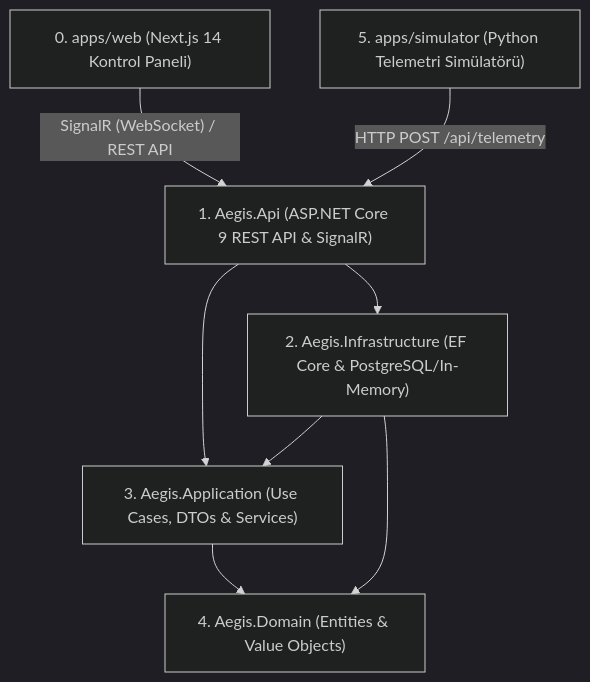
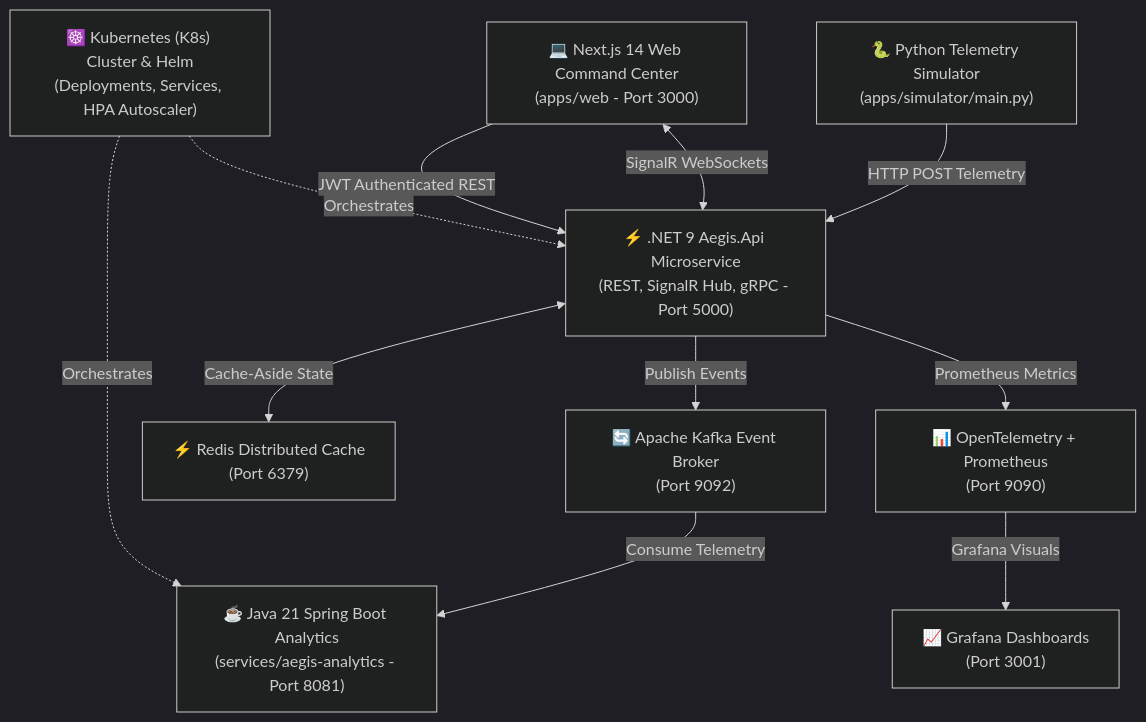
One commit to buseipek-ncrgl/AEGIS changed the diagram in README.md. Above: the diagram before and after it, drawn with Mermaid (dark theme). The commit also changed other lines of this file and 12 other files, not shown here.

Commit message:
docs: add comprehensive enterprise English README.md with screenshots and architecture specs

````diff
--- a/README.md
+++ b/README.md
@@ -11,17 +33,23 @@
 ```mermaid
 graph TD
-    WEB["0. apps/web (Next.js 14 Kontrol Paneli)"]
-    API["1. Aegis.Api (ASP.NET Core 9 REST API & SignalR)"]
-    INFRA["2. Aegis.Infrastructure (EF Core & PostgreSQL/In-Memory)"]
-    APP["3. Aegis.Application (Use Cases, DTOs & Services)"]
-    DOMAIN["4. Aegis.Domain (Entities & Value Objects)"]
-    SIMULATOR["5. apps/simulator (Python Telemetri Simülatörü)"]
+    SIM["🐍 Python Telemetry Simulator\n(apps/simulator/main.py)"]
+    WEB["💻 Next.js 14 Web Command Center\n(apps/web - Port 3000)"]
+    API["⚡ .NET 9 Aegis.Api Microservice\n(REST, SignalR Hub, gRPC - Port 5000)"]
+    KAFKA["🔄 Apache Kafka Event Broker\n(Port 9092)"]
+    REDIS["⚡ Redis Distributed Cache\n(Port 6379)"]
+    JAVA["☕ Java 21 Spring Boot Analytics\n(services/aegis-analytics - Port 8081)"]
+    OTEL["📊 OpenTelemetry + Prometheus\n(Port 9090)"]
+    GRAFANA["📈 Grafana Dashboards\n(Port 3001)"]
+    K8S["☸️ Kubernetes (K8s) Cluster & Helm\n(Deployments, Services, HPA Autoscaler)"]
 
-    WEB -- "SignalR (WebSocket) / REST API" --> API
-    SIMULATOR -- "HTTP POST /api/telemetry" --> API
-    API --> APP
-    API --> INFRA
-    INFRA --> APP
-    INFRA --> DOMAIN
-    APP --> DOMAIN
+    SIM -->|HTTP POST Telemetry| API
+    WEB <-->|SignalR WebSockets| API
+    WEB -->|JWT Authenticated REST| API
+    API -->|Publish Events| KAFKA
+    API <-->|Cache-Aside State| REDIS
+    KAFKA -->|Consume Telemetry| JAVA
+    API -->|Prometheus Metrics| OTEL
+    OTEL -->|Grafana Visuals| GRAFANA
+    K8S -.->|Orchestrates| API
+    K8S -.->|Orchestrates| JAVA
 ```
````
